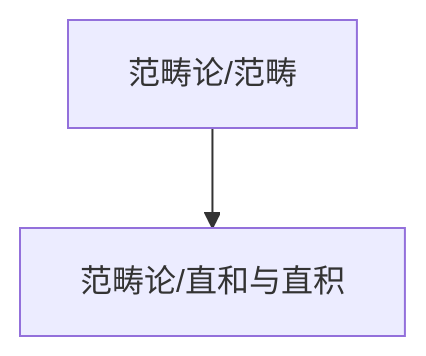
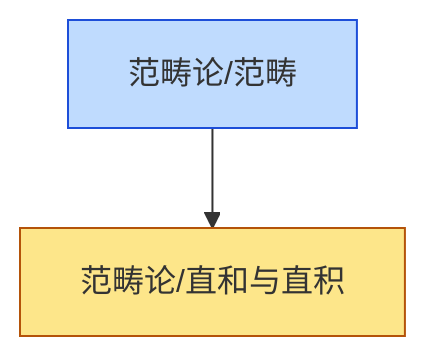
The diagram in content/范畴论/dependency_graph.md (zeroDtree/zeroDtree.github.io), drawn with Mermaid before and after one commit. The commit also changed 16 other files, not shown here.

````diff
--- a/content/范畴论/dependency_graph.md
+++ b/content/范畴论/dependency_graph.md
@@ -1,4 +1,8 @@
 ```mermaid
 graph TD
 1["范畴论/范畴"] --> 0["范畴论/直和与直积"]
+classDef leaf fill:#fde68a,stroke:#b45309
+class 0 leaf
+classDef root fill:#bfdbfe,stroke:#1d4ed8
+class 1,2 root
 ```
````
